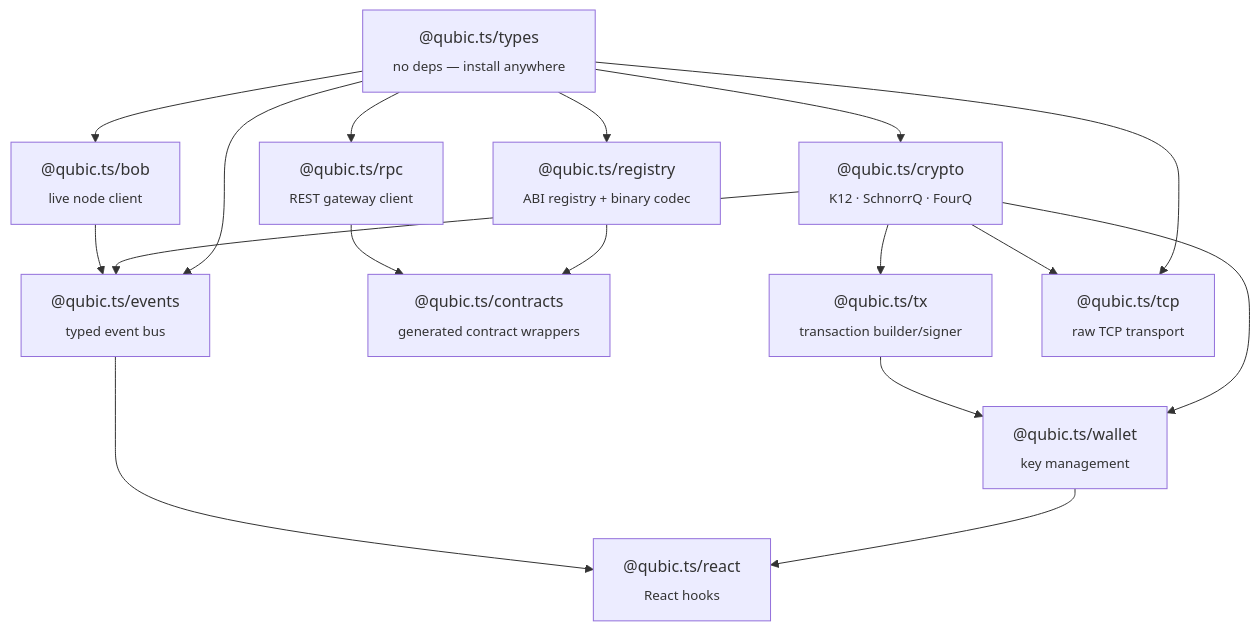
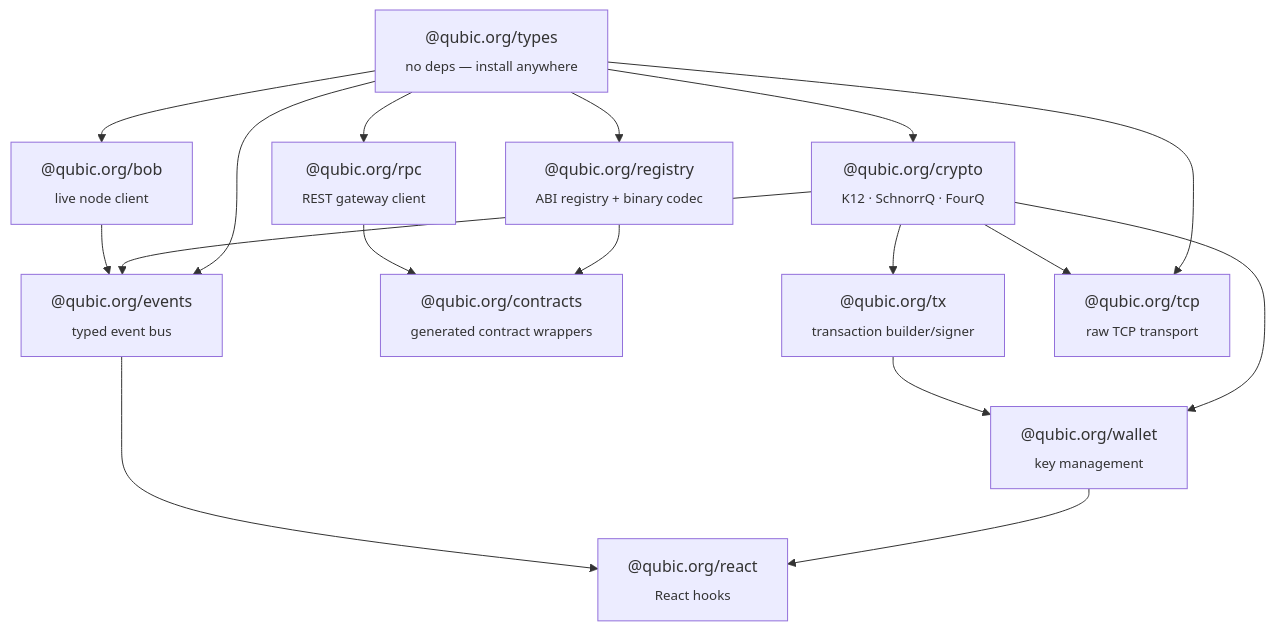
Before and after one commit to qubic/qubic-typescript: the first of 2 diagrams in README.md, drawn with Mermaid. The commit also changed other lines of this file and 109 other files, not shown here.

Commit message:
chore: rename package scope from @qubic.ts to @qubic.org

````diff
--- a/README.md
+++ b/README.md
@@ -33,31 +33,31 @@
 ```mermaid
 graph TD
-  types["@qubic.ts/types<br/><sub>no deps — install anywhere</sub>"]
-  crypto["@qubic.ts/crypto<br/><sub>K12 · SchnorrQ · FourQ</sub>"]
-  tx["@qubic.ts/tx<br/><sub>transaction builder/signer</sub>"]
-  rpc["@qubic.ts/rpc<br/><sub>REST gateway client</sub>"]
-  registry["@qubic.ts/registry<br/><sub>ABI registry + binary codec</sub>"]
-  contracts["@qubic.ts/contracts<br/><sub>generated contract wrappers</sub>"]
-  bob["@qubic.ts/bob<br/><sub>live node client</sub>"]
-  wallet["@qubic.ts/wallet<br/><sub>key management</sub>"]
-  events["@qubic.ts/events<br/><sub>typed event bus</sub>"]
-  tcp["@qubic.ts/tcp<br/><sub>raw TCP transport</sub>"]
-  react["@qubic.ts/react<br/><sub>React hooks</sub>"]
+  types["@qubic.org/types<br/><sub>no deps — install anywhere</sub>"]
+  crypto["@qubic.org/crypto<br/><sub>K12 · SchnorrQ · FourQ</sub>"]
+  tx["@qubic.org/tx<br/><sub>transaction builder/signer</sub>"]
+  rpc["@qubic.org/rpc<br/><sub>REST gateway client</sub>"]
+  registry["@qubic.org/registry<br/><sub>ABI registry + binary codec</sub>"]
+  contracts["@qubic.org/contracts<br/><sub>generated contract wrappers</sub>"]
+  bob["@qubic.org/bob<br/><sub>live node client</sub>"]
+  wallet["@qubic.org/wallet<br/><sub>key management</sub>"]
+  events["@qubic.org/events<br/><sub>typed event bus</sub>"]
+  tcp["@qubic.org/tcp<br/><sub>raw TCP transport</sub>"]
+  react["@qubic.org/react<br/><sub>React hooks</sub>"]
 
   types --> crypto
   types --> rpc
   types --> registry
   types --> bob
   types --> tcp
   types --> events
   crypto --> tx
   crypto --> wallet
   crypto --> tcp
   crypto --> events
   tx --> wallet
   registry --> contracts
   rpc --> contracts
   bob --> events
   wallet --> react
   events --> react
 ```
````
